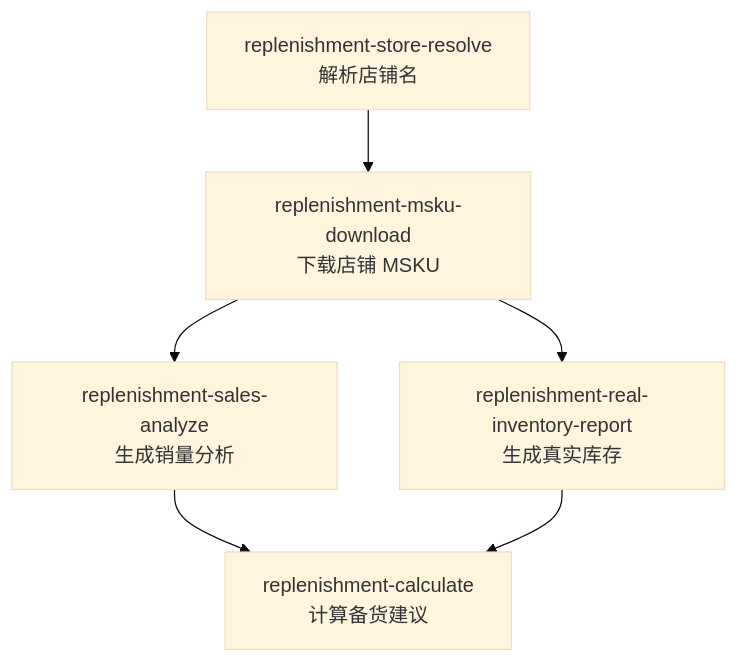
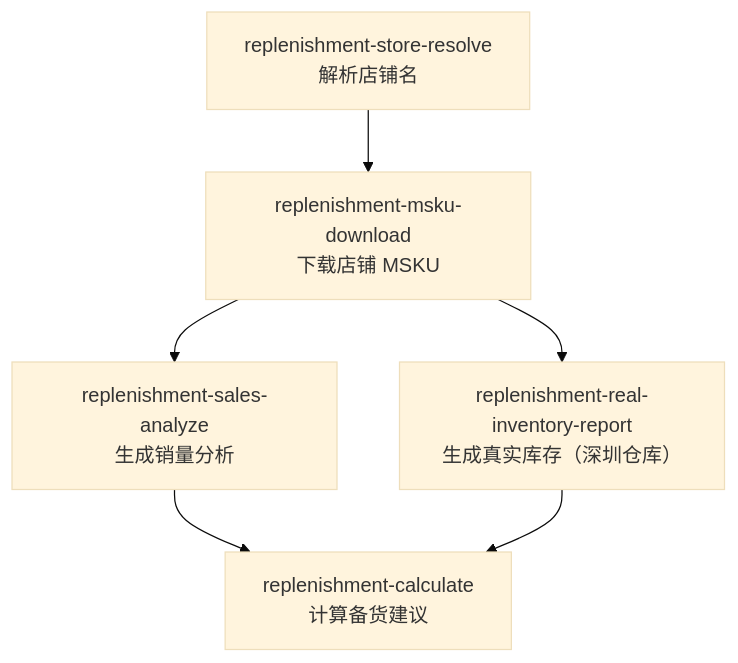
One commit to LXE123/LXE_AGENT changed the first of 2 diagrams in skills/replenishment-workflow-map/SKILL.md. Above: the diagram before and after it, drawn with Mermaid (base theme). The commit also changed other lines of this file and 4 other files, not shown here.

First line of the commit message:
feat(mabang): use Shenzhen warehouse inventory in replenishment

````diff
--- a/skills/replenishment-workflow-map/SKILL.md
+++ b/skills/replenishment-workflow-map/SKILL.md
@@ -13,8 +13,8 @@
 ```mermaid
 flowchart TD
   A["replenishment-store-resolve<br/>解析店铺名"] --> B["replenishment-msku-download<br/>下载店铺 MSKU"]
   B --> C["replenishment-sales-analyze<br/>生成销量分析"]
-  B --> D["replenishment-real-inventory-report<br/>生成真实库存"]
+  B --> D["replenishment-real-inventory-report<br/>生成真实库存（深圳仓库）"]
   C --> F["replenishment-calculate<br/>计算备货建议"]
   D --> F
 ```
````
